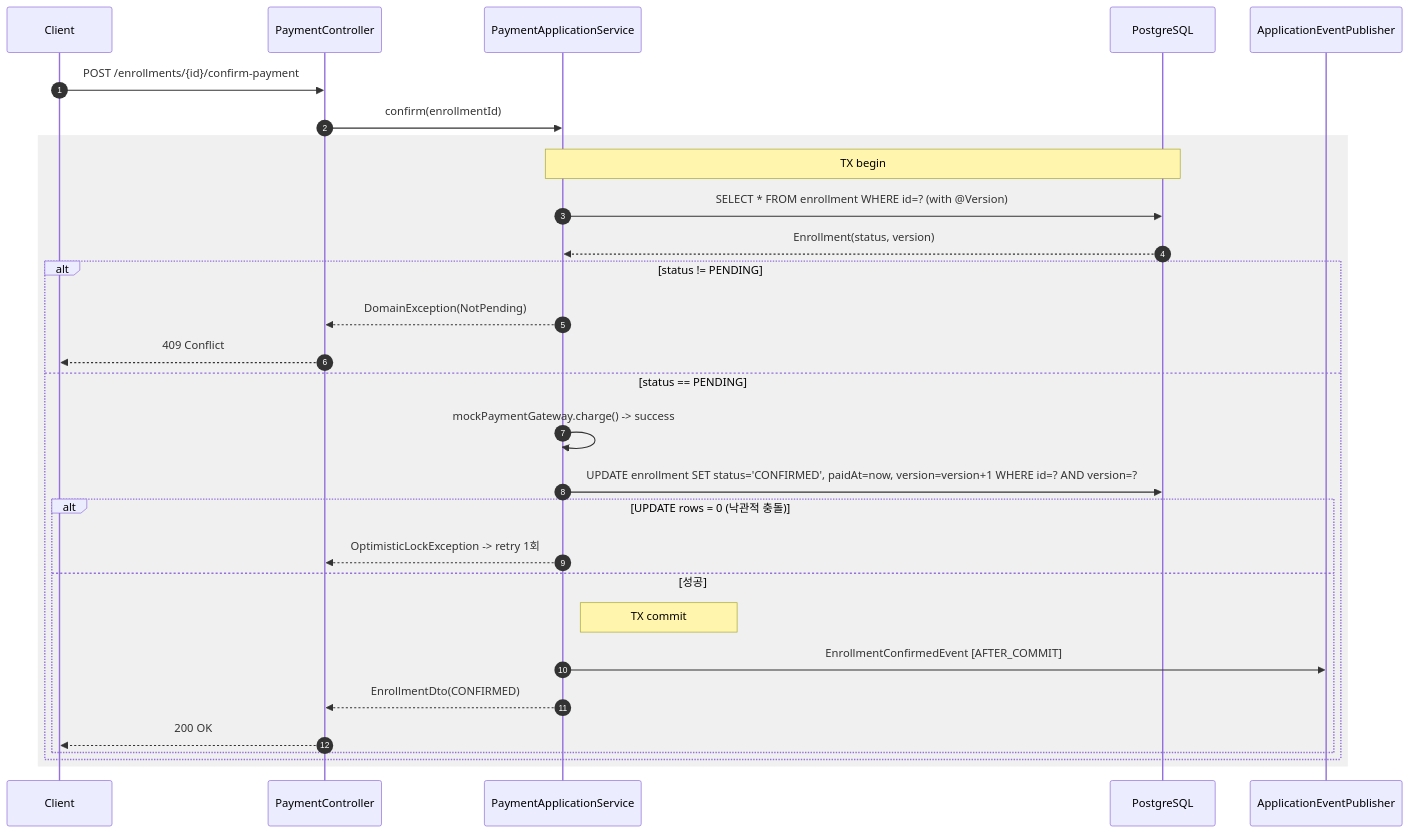
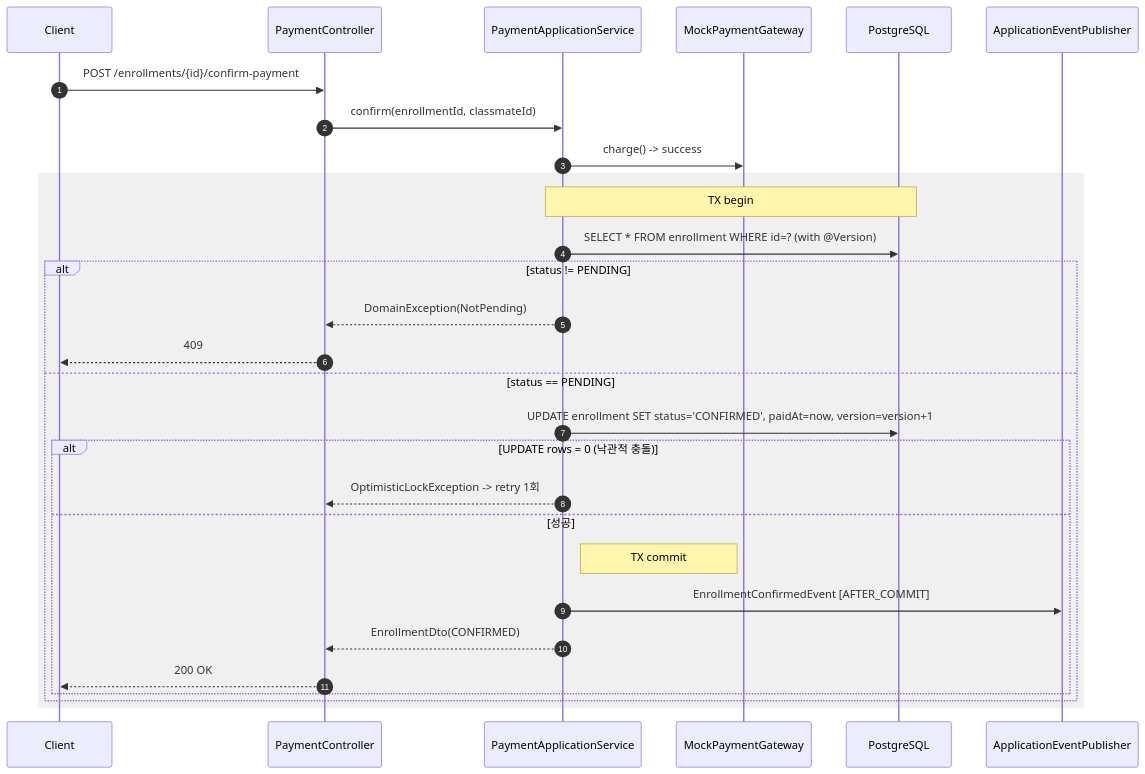
Before and after one commit to corinB/live-class: the second of 3 diagrams in ARCHITECTURE.md, drawn with Mermaid. The commit also changed other lines of this file and 9 other files, not shown here.

````diff
--- a/ARCHITECTURE.md
+++ b/ARCHITECTURE.md
@@ -254,33 +289,32 @@
 ```mermaid
 sequenceDiagram
     autonumber
     participant C as Client
     participant API as PaymentController
     participant App as PaymentApplicationService
+    participant Pay as MockPaymentGateway
     participant DB as PostgreSQL
     participant Bus as ApplicationEventPublisher
 
     C->>API: POST /enrollments/{id}/confirm-payment
-    API->>App: confirm(enrollmentId)
-
+    API->>App: confirm(enrollmentId, classmateId)
+    App->>Pay: charge() -> success
     rect rgb(240, 240, 240)
     note over App,DB: TX begin
     App->>DB: SELECT * FROM enrollment WHERE id=? (with @Version)
-    DB-->>App: Enrollment(status, version)
     alt status != PENDING
         App-->>API: DomainException(NotPending)
-        API-->>C: 409 Conflict
+        API-->>C: 409
     else status == PENDING
-        App->>App: mockPaymentGateway.charge() -> success
-        App->>DB: UPDATE enrollment SET status='CONFIRMED', paidAt=now, version=version+1 WHERE id=? AND version=?
+        App->>DB: UPDATE enrollment SET status='CONFIRMED', paidAt=now, version=version+1
         alt UPDATE rows = 0 (낙관적 충돌)
             App-->>API: OptimisticLockException -> retry 1회
         else 성공
             note right of App: TX commit
             App->>Bus: EnrollmentConfirmedEvent [AFTER_COMMIT]
             App-->>API: EnrollmentDto(CONFIRMED)
             API-->>C: 200 OK
         end
     end
     end
 ```
````
